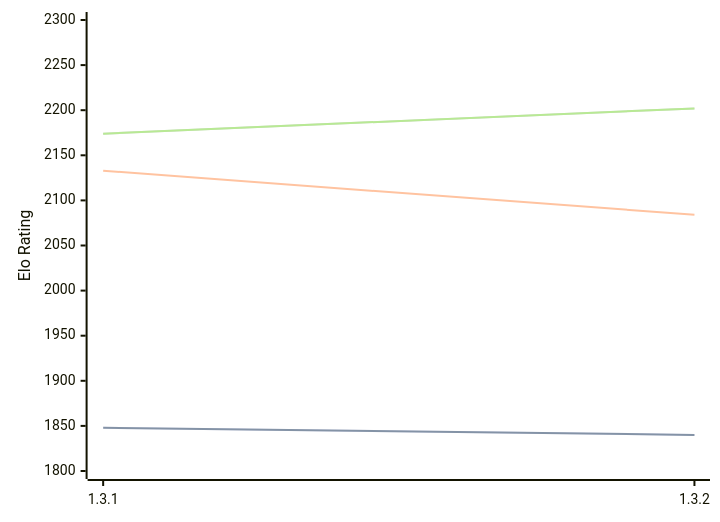
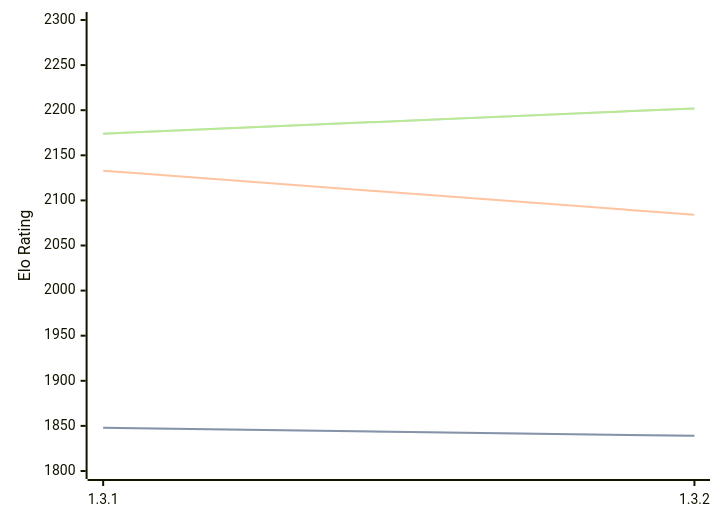
The diagram in engines/Zugblitz.md (computer-chess-index/cci), drawn with Mermaid before and after one commit. The commit also changed other lines of this file, not shown here.

````diff
--- a/engines/Zugblitz.md
+++ b/engines/Zugblitz.md
@@ -32,11 +32,11 @@
 ```mermaid
 %%{init: {"theme":"base","themeVariables":{"seriesColors:['#a3a3a3','#222221','#faa371']}}}%%
 xychart-beta
   x-axis ["1.3.1", "1.3.2"]
   y-axis "Elo Rating" 1800 --> 2300
-  line "STC (8.0+0.08s)" [1848, 1840]
-  line "STC (8.0+0.08s)" [1848, 1840]
+  line "STC (8.0+0.08s)" [1848, 1839]
+  line "STC (8.0+0.08s)" [1848, 1839]
   line "LTC (60.0+0.60s)" [2133, 2084]
   line "VLTC (2m24s+1.12s)" [2174, 2202]
   line "VLTC (2m24s+1.12s)" [2174, 2202]
 ```
````
